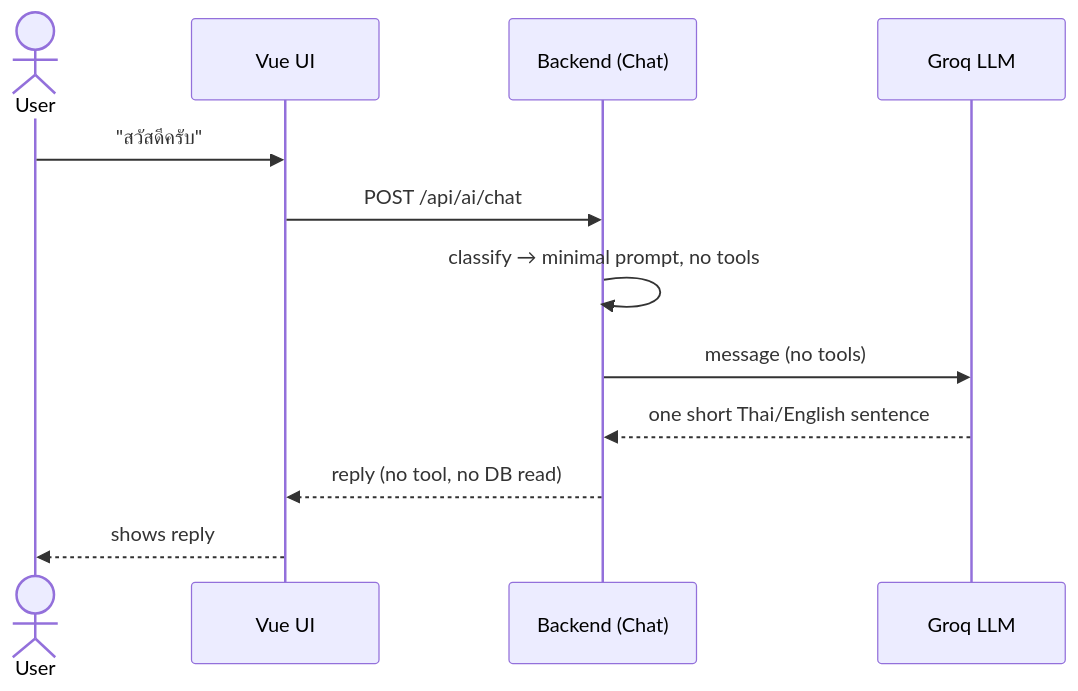
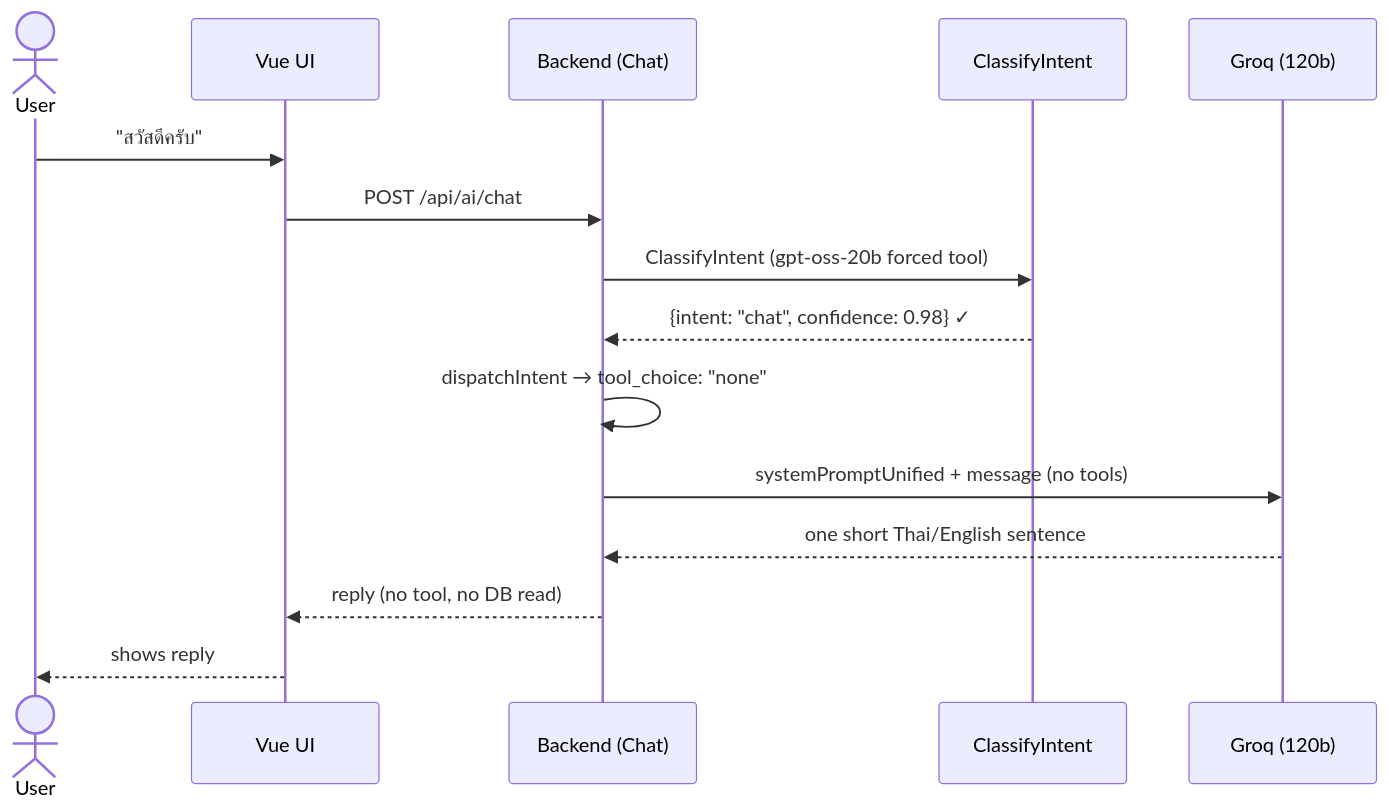
One commit to pepegummo/Project-Dashboard changed the third of 6 diagrams in docs/AI_ARCHITECTURE.md. Above: the diagram before and after it, drawn with Mermaid. The commit also changed other lines of this file and 1 other file, not shown here.

First line of the commit message:
docs(ai): update for shipped router architecture (Phase 2-5)

````diff
--- a/docs/AI_ARCHITECTURE.md
+++ b/docs/AI_ARCHITECTURE.md
@@ -267,15 +265,18 @@
 ```mermaid
 sequenceDiagram
     actor User
     participant UI as Vue UI
     participant BE as Backend (Chat)
-    participant LLM as Groq LLM
+    participant Router as ClassifyIntent
+    participant LLM as Groq (120b)
 
     User->>UI: "สวัสดีครับ"
     UI->>BE: POST /api/ai/chat
-    BE->>BE: classify → minimal prompt, no tools
-    BE->>LLM: message (no tools)
+    BE->>Router: ClassifyIntent (gpt-oss-20b forced tool)
+    Router-->>BE: {intent: "chat", confidence: 0.98} ✓
+    BE->>BE: dispatchIntent → tool_choice: "none"
+    BE->>LLM: systemPromptUnified + message (no tools)
     LLM-->>BE: one short Thai/English sentence
     BE-->>UI: reply (no tool, no DB read)
     UI-->>User: shows reply
 ```
````
